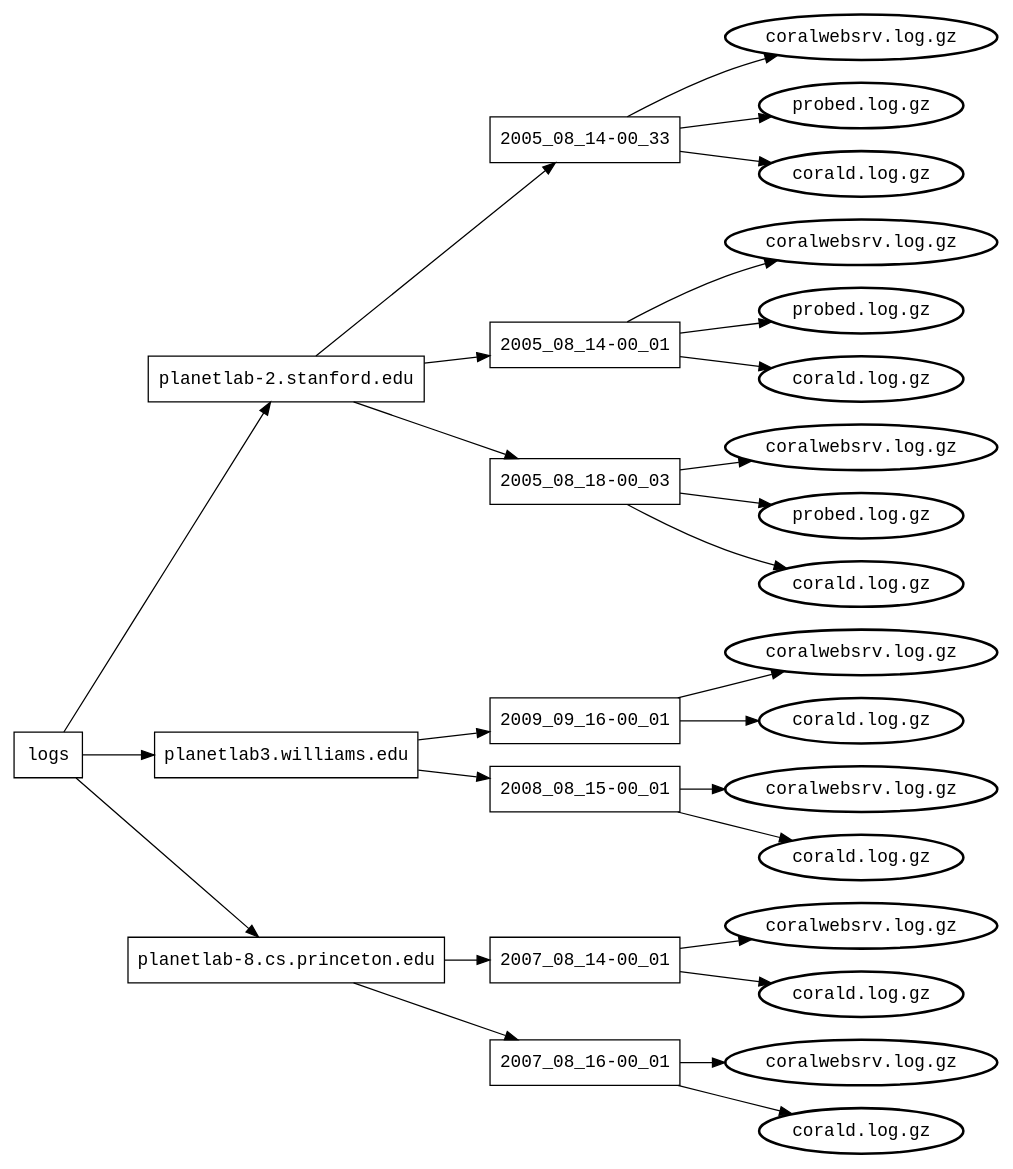
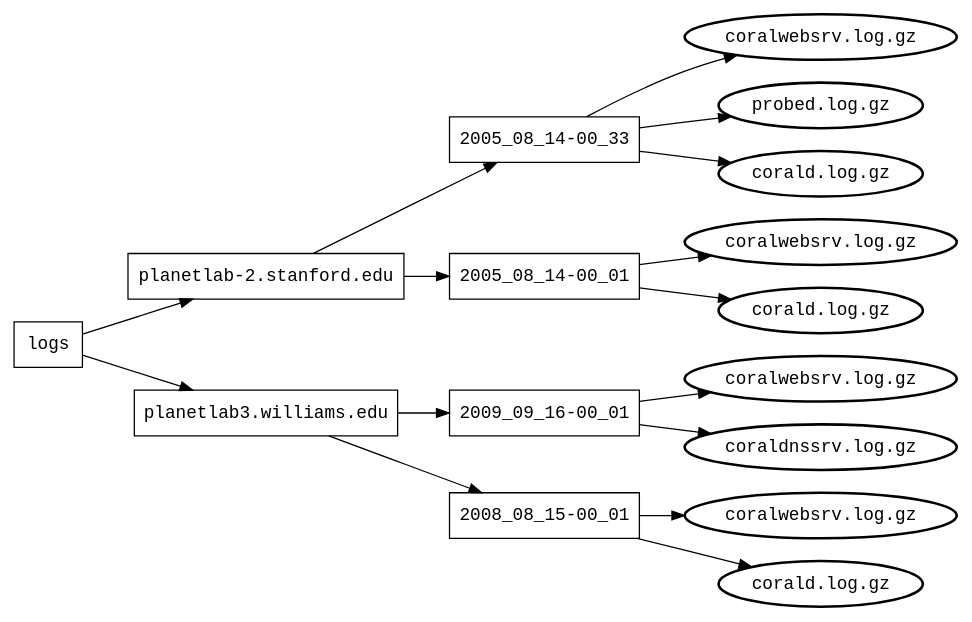
Before and after one commit to cornell-pl/forest: the diagram in pads/documents/pldi11/coral-structure.dot, drawn with Graphviz. The commit also changed 1 other file, not shown here.

Commit message:
Shrunk graphs

```diff
--- a/pads/documents/pldi11/coral-structure.dot
+++ b/pads/documents/pldi11/coral-structure.dot
@@ -1,60 +1,36 @@
 digraph {
 	graph [ordering=out, rankdir=LR];
 	node [label="\N"];
-	graph [bb="0,0,742,900"];
-	0 [label=logs, fontname=Courier, shape=box, pos="27,315", width="0.75", height="0.50"];
-	1 [label="planetlab-2.stanford.edu", fontname=Courier, shape=box, pos="216,585", width="3.03", height="0.50"];
-	2 [label="2005_08_14-00_33", fontname=Courier, shape=box, pos="453,801", width="2.08", height="0.50"];
-	3 [label="coralwebsrv.log.gz", fontname=Courier, penwidth=2, pos="653,882", width="2.44", height="0.50"];
-	4 [label="probed.log.gz", fontname=Courier, penwidth=2, pos="653,828", width="1.86", height="0.50"];
-	5 [label="corald.log.gz", fontname=Courier, penwidth=2, pos="653,774", width="1.86", height="0.50"];
-	6 [label="2005_08_14-00_01", fontname=Courier, shape=box, pos="453,639", width="2.08", height="0.50"];
-	7 [label="coralwebsrv.log.gz", fontname=Courier, penwidth=2, pos="653,720", width="2.44", height="0.50"];
-	8 [label="probed.log.gz", fontname=Courier, penwidth=2, pos="653,666", width="1.86", height="0.50"];
-	9 [label="corald.log.gz", fontname=Courier, penwidth=2, pos="653,612", width="1.86", height="0.50"];
-	10 [label="2005_08_18-00_03", fontname=Courier, shape=box, pos="453,531", width="2.08", height="0.50"];
-	11 [label="coralwebsrv.log.gz", fontname=Courier, penwidth=2, pos="653,558", width="2.44", height="0.50"];
-	12 [label="probed.log.gz", fontname=Courier, penwidth=2, pos="653,504", width="1.86", height="0.50"];
-	13 [label="corald.log.gz", fontname=Courier, penwidth=2, pos="653,450", width="1.86", height="0.50"];
-	14 [label="planetlab3.williams.edu", fontname=Courier, shape=box, pos="216,315", width="2.89", height="0.50"];
-	15 [label="2009_09_16-00_01", fontname=Courier, shape=box, pos="453,342", width="2.08", height="0.50"];
-	16 [label="coralwebsrv.log.gz", fontname=Courier, penwidth=2, pos="653,396", width="2.44", height="0.50"];
-	17 [label="corald.log.gz", fontname=Courier, penwidth=2, pos="653,342", width="1.86", height="0.50"];
-	18 [label="2008_08_15-00_01", fontname=Courier, shape=box, pos="453,288", width="2.08", height="0.50"];
-	19 [label="coralwebsrv.log.gz", fontname=Courier, penwidth=2, pos="653,288", width="2.44", height="0.50"];
-	20 [label="corald.log.gz", fontname=Courier, penwidth=2, pos="653,234", width="1.86", height="0.50"];
-	21 [label="planetlab-8.cs.princeton.edu", fontname=Courier, shape=box, pos="216,153", width="3.47", height="0.50"];
-	22 [label="2007_08_14-00_01", fontname=Courier, shape=box, pos="453,153", width="2.08", height="0.50"];
-	23 [label="coralwebsrv.log.gz", fontname=Courier, penwidth=2, pos="653,180", width="2.44", height="0.50"];
-	24 [label="corald.log.gz", fontname=Courier, penwidth=2, pos="653,126", width="1.86", height="0.50"];
-	25 [label="2007_08_16-00_01", fontname=Courier, shape=box, pos="453,72", width="2.08", height="0.50"];
-	26 [label="coralwebsrv.log.gz", fontname=Courier, penwidth=2, pos="653,72", width="2.44", height="0.50"];
-	27 [label="corald.log.gz", fontname=Courier, penwidth=2, pos="653,18", width="1.86", height="0.50"];
-	0 -> 1 [pos="e,203,567 40,333 72,380 159,504 197,559"];
-	0 -> 14 [pos="e,111,315 54,315 67,315 83,315 101,315"];
-	0 -> 21 [pos="e,195,171 48,297 83,267 149,210 187,178"];
-	1 -> 2 [pos="e,433,783 236,603 279,642 377,732 425,776"];
-	1 -> 6 [pos="e,378,622 295,603 319,608 344,614 368,620"];
-	1 -> 10 [pos="e,378,548 295,567 319,562 344,556 368,550"];
-	2 -> 3 [pos="e,601,867 487,819 509,830 538,844 564,855 573,859 582,862 591,864"];
-	2 -> 4 [pos="e,593,820 528,811 546,814 565,816 583,819"];
-	2 -> 5 [pos="e,593,782 528,791 546,788 565,786 583,783"];
-	6 -> 7 [pos="e,601,705 487,657 509,668 538,682 564,693 573,697 582,700 591,702"];
-	6 -> 8 [pos="e,593,658 528,649 546,652 565,654 583,657"];
-	6 -> 9 [pos="e,593,620 528,629 546,626 565,624 583,621"];
-	10 -> 11 [pos="e,579,548 528,541 542,543 555,545 569,547"];
-	10 -> 12 [pos="e,593,512 528,521 546,518 565,516 583,513"];
-	10 -> 13 [pos="e,605,463 487,513 509,502 538,487 564,477 574,473 584,469 595,466"];
-	14 -> 15 [pos="e,378,333 321,327 336,329 353,330 368,332"];
-	14 -> 18 [pos="e,378,297 321,303 336,301 353,300 368,298"];
-	15 -> 16 [pos="e,599,382 520,360 543,366 567,373 589,379"];
-	15 -> 17 [pos="e,585,342 528,342 543,342 560,342 575,342"];
-	18 -> 19 [pos="e,564,288 528,288 537,288 545,288 554,288"];
-	18 -> 20 [pos="e,605,247 520,270 544,263 572,256 595,250"];
-	21 -> 22 [pos="e,378,153 342,153 351,153 359,153 368,153"];
-	21 -> 25 [pos="e,400,90 269,135 305,123 352,106 390,93"];
-	22 -> 23 [pos="e,579,170 528,163 542,165 555,167 569,169"];
-	22 -> 24 [pos="e,593,134 528,143 546,140 565,138 583,135"];
-	25 -> 26 [pos="e,564,72 528,72 537,72 545,72 554,72"];
-	25 -> 27 [pos="e,605,31 520,54 544,47 572,40 595,34"];
+	graph [bb="0,0,708,468"];
+	0 [label=logs, fontname=Courier, shape=box, pos="27,206", width="0.75", height="0.50"];
+	1 [label="planetlab-2.stanford.edu", fontname=Courier, shape=box, pos="199,247", width="3.03", height="0.50"];
+	2 [label="2005_08_14-00_33", fontname=Courier, shape=box, pos="419,369", width="2.08", height="0.50"];
+	3 [label="coralwebsrv.log.gz", fontname=Courier, penwidth=2, pos="619,450", width="2.44", height="0.50"];
+	4 [label="probed.log.gz", fontname=Courier, penwidth=2, pos="619,396", width="1.86", height="0.50"];
+	5 [label="corald.log.gz", fontname=Courier, penwidth=2, pos="619,342", width="1.86", height="0.50"];
+	6 [label="2005_08_14-00_01", fontname=Courier, shape=box, pos="419,247", width="2.08", height="0.50"];
+	7 [label="coralwebsrv.log.gz", fontname=Courier, penwidth=2, pos="619,288", width="2.44", height="0.50"];
+	8 [label="corald.log.gz", fontname=Courier, penwidth=2, pos="619,234", width="1.86", height="0.50"];
+	9 [label="planetlab3.williams.edu", fontname=Courier, shape=box, pos="199,166", width="2.89", height="0.50"];
+	10 [label="2009_09_16-00_01", fontname=Courier, shape=box, pos="419,166", width="2.08", height="0.50"];
+	11 [label="coralwebsrv.log.gz", fontname=Courier, penwidth=2, pos="619,180", width="2.44", height="0.50"];
+	12 [label="coraldnssrv.log.gz", fontname=Courier, penwidth=2, pos="619,126", width="1.86", height="0.50"];
+	13 [label="2008_08_15-00_01", fontname=Courier, shape=box, pos="419,72", width="2.08", height="0.50"];
+	14 [label="coralwebsrv.log.gz", fontname=Courier, penwidth=2, pos="619,72", width="2.44", height="0.50"];
+	15 [label="corald.log.gz", fontname=Courier, penwidth=2, pos="619,18", width="1.86", height="0.50"];
+	0 -> 1 [pos="e,124,229 54,212 70,216 92,221 114,227"];
+	0 -> 9 [pos="e,121,184 54,200 70,197 90,192 111,186"];
+	1 -> 2 [pos="e,386,351 231,265 270,286 335,323 377,346"];
+	1 -> 6 [pos="e,344,247 308,247 317,247 325,247 334,247"];
+	2 -> 3 [pos="e,567,435 453,387 475,398 504,412 530,423 539,427 548,430 557,432"];
+	2 -> 4 [pos="e,559,388 494,379 512,382 531,384 549,387"];
+	2 -> 5 [pos="e,559,350 494,359 512,356 531,354 549,351"];
+	6 -> 7 [pos="e,557,275 494,262 512,265 530,269 547,273"];
+	6 -> 8 [pos="e,553,238 494,242 510,241 527,240 543,239"];
+	9 -> 10 [pos="e,344,166 304,166 314,166 324,166 334,166"];
+	9 -> 13 [pos="e,377,90 241,148 277,132 329,111 368,94"];
+	10 -> 11 [pos="e,536,174 494,171 505,172 515,173 526,173"];
+	10 -> 12 [pos="e,565,137 494,151 514,147 536,142 555,139"];
+	13 -> 14 [pos="e,530,72 494,72 503,72 511,72 520,72"];
+	13 -> 15 [pos="e,571,31 486,54 510,47 538,40 561,34"];
 }
```
